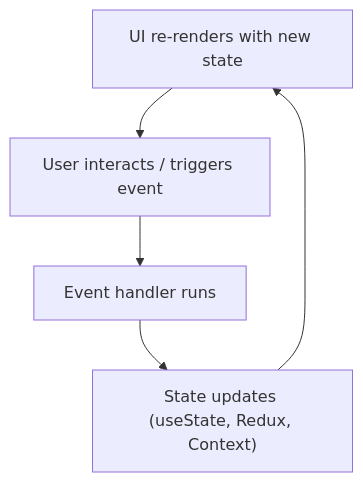
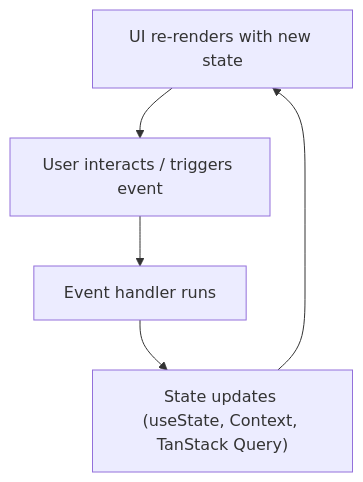
One commit to danpaul/frontend_development_course changed the diagram in src/diagrams/state_management.md. Above: the diagram before and after it, drawn with Mermaid. The commit also changed 24 other files, not shown here.

````diff
--- a/src/diagrams/state_management.md
+++ b/src/diagrams/state_management.md
@@ -1,8 +1,8 @@
 ```mermaid
 flowchart TD
     A["UI renders"] --> B["User interacts / triggers event"]
     B --> C["Event handler runs"]
-    C --> D["State updates (useState, Redux, Context)"]
+    C --> D["State updates (useState, Context, TanStack Query)"]
     D --> A["UI re-renders with new state"]
 
 ```
````
